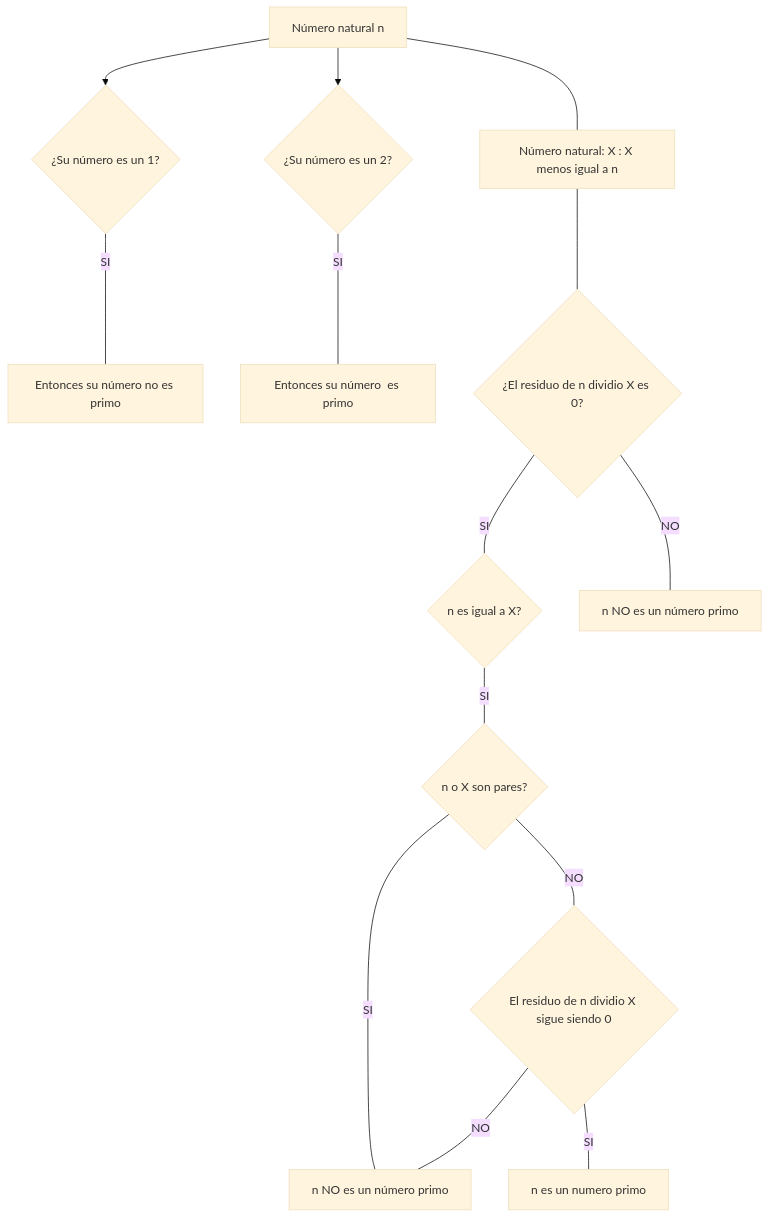
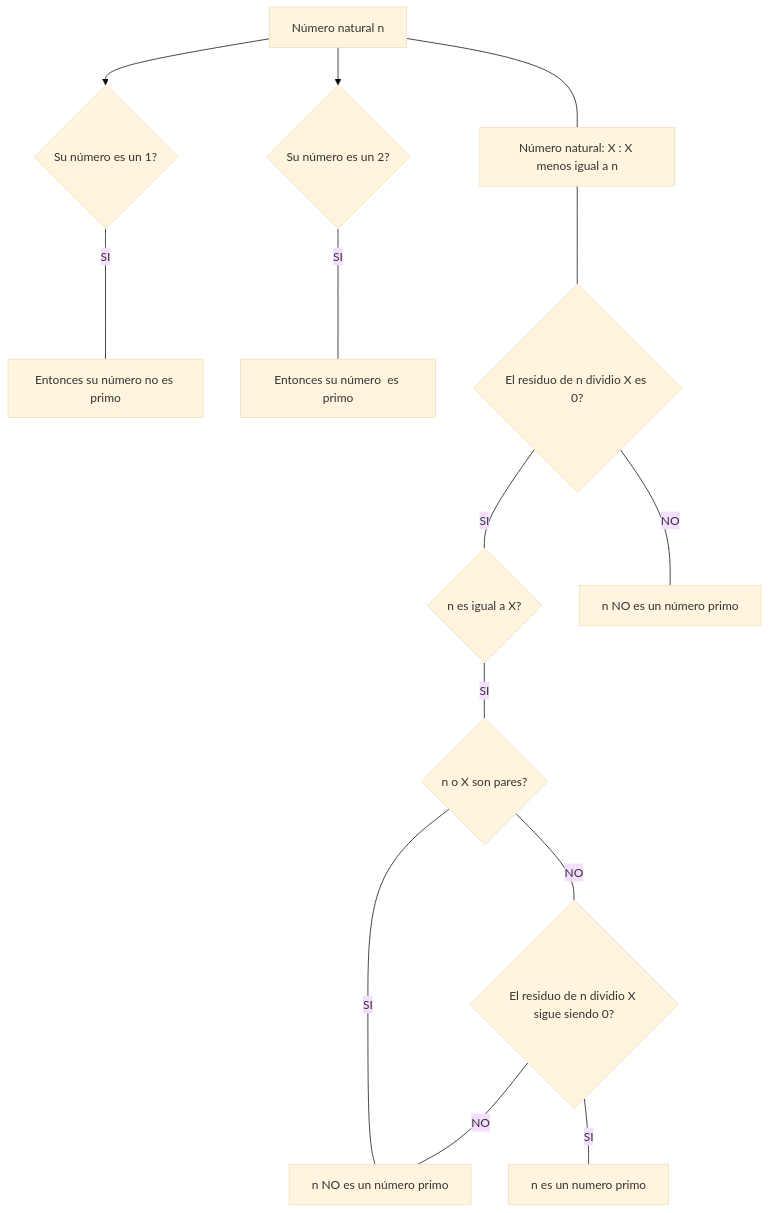
The second of 2 diagrams in README.md (AnonymusconH/Reto_3_Juan_Valderrama_CadaVezMasHacker), drawn with Mermaid (base theme) before and after one commit. The commit also changed other lines of this file, not shown here.

````diff
--- a/README.md
+++ b/README.md
@@ -63,27 +63,27 @@
 ```mermaid
 graph TD
 
  AA[Número natural n] -->B
  AA[Número natural n] -->C
   
 
 
 AA ---D
- B{¿Su número es un 1?}
+ B{Su número es un 1?}
 
  B ---|SI| BA[Entonces su número no es primo]
  
- C{¿Su número es un 2?}
+ C{Su número es un 2?}
 
   ---|SI| BB[Entonces su número  es primo]
 
-D[Número natural: X : X menos igual a n ] --- E{¿El residuo de n dividio X es 0?}
+D[Número natural: X : X menos igual a n ] --- E{El residuo de n dividio X es 0?}
 E ---|SI|F{n es igual a X?}---|SI| G{n o X son pares?} ---|SI| H[n NO es un número primo]
 
       
-G ---|NO| I{El residuo de n dividio X sigue siendo 0} --- |SI| J[n es un numero primo] 
-I{El residuo de n dividio X sigue siendo 0} --- |NO| H
+G ---|NO| I{El residuo de n dividio X sigue siendo 0?} --- |SI| J[n es un numero primo] 
+I{El residuo de n dividio X sigue siendo 0?} --- |NO| H
 
 E --- |NO|K[n NO es un número primo]
 
 ```
````
